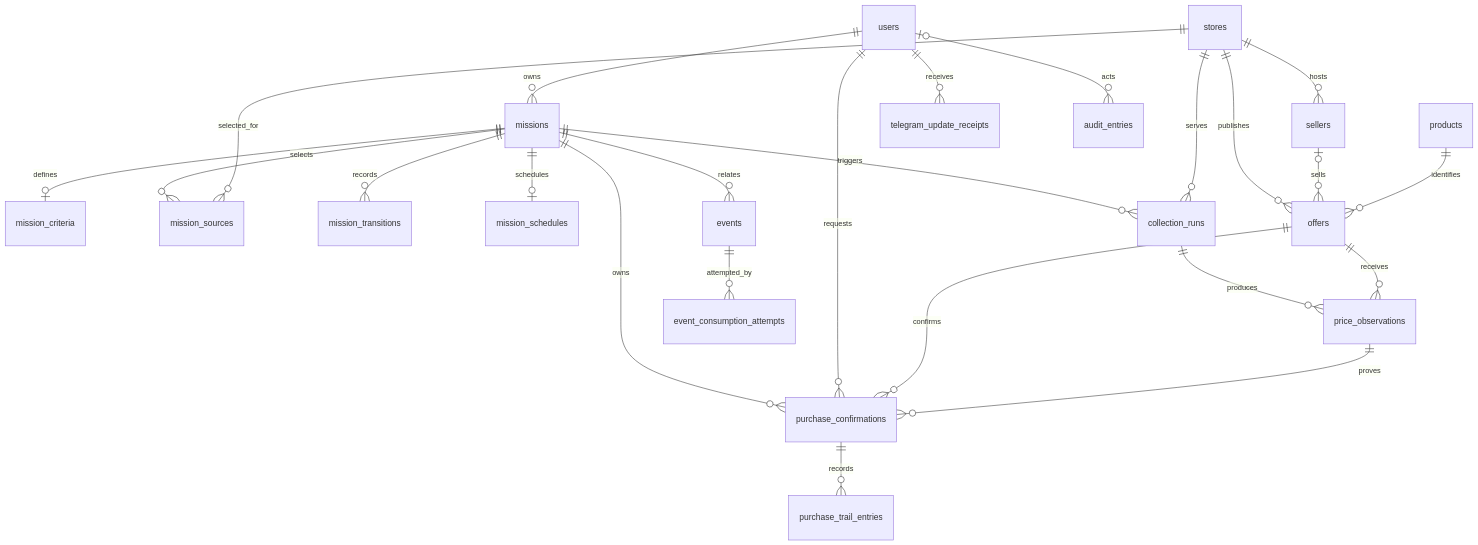
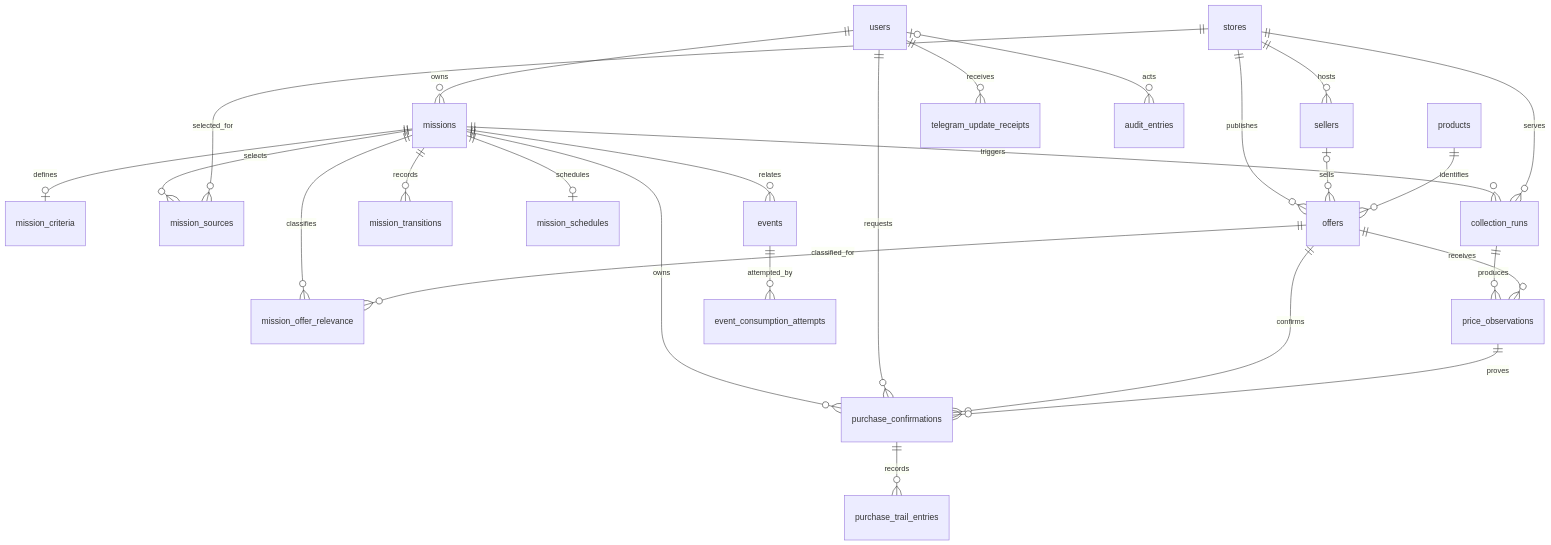
The diagram in docs/DATABASE.md (jhonnatancesar/AIShoppingAgent), drawn with Mermaid before and after one commit. The commit also changed other lines of this file and 22 other files, not shown here.

````diff
--- a/docs/DATABASE.md
+++ b/docs/DATABASE.md
@@ -22,26 +22,28 @@
 ```mermaid
 erDiagram
     users ||--o{ missions : owns
     missions ||--o| mission_criteria : defines
     missions ||--o{ mission_sources : selects
     stores ||--o{ mission_sources : selected_for
+    missions ||--o{ mission_offer_relevance : classifies
+    offers ||--o{ mission_offer_relevance : classified_for
     missions ||--o{ mission_transitions : records
     missions ||--o| mission_schedules : schedules
     missions ||--o{ collection_runs : triggers
     stores ||--o{ offers : publishes
     stores ||--o{ sellers : hosts
     sellers o|--o{ offers : sells
     products ||--o{ offers : identifies
     collection_runs ||--o{ price_observations : produces
     offers ||--o{ price_observations : receives
     missions ||--o{ purchase_confirmations : owns
     users ||--o{ purchase_confirmations : requests
     offers ||--o{ purchase_confirmations : confirms
     price_observations ||--o{ purchase_confirmations : proves
     purchase_confirmations ||--o{ purchase_trail_entries : records
     missions ||--o{ events : relates
     events ||--o{ event_consumption_attempts : attempted_by
     users ||--o{ telegram_update_receipts : receives
     stores ||--o{ collection_runs : serves
     users o|--o{ audit_entries : acts
 ```
````
